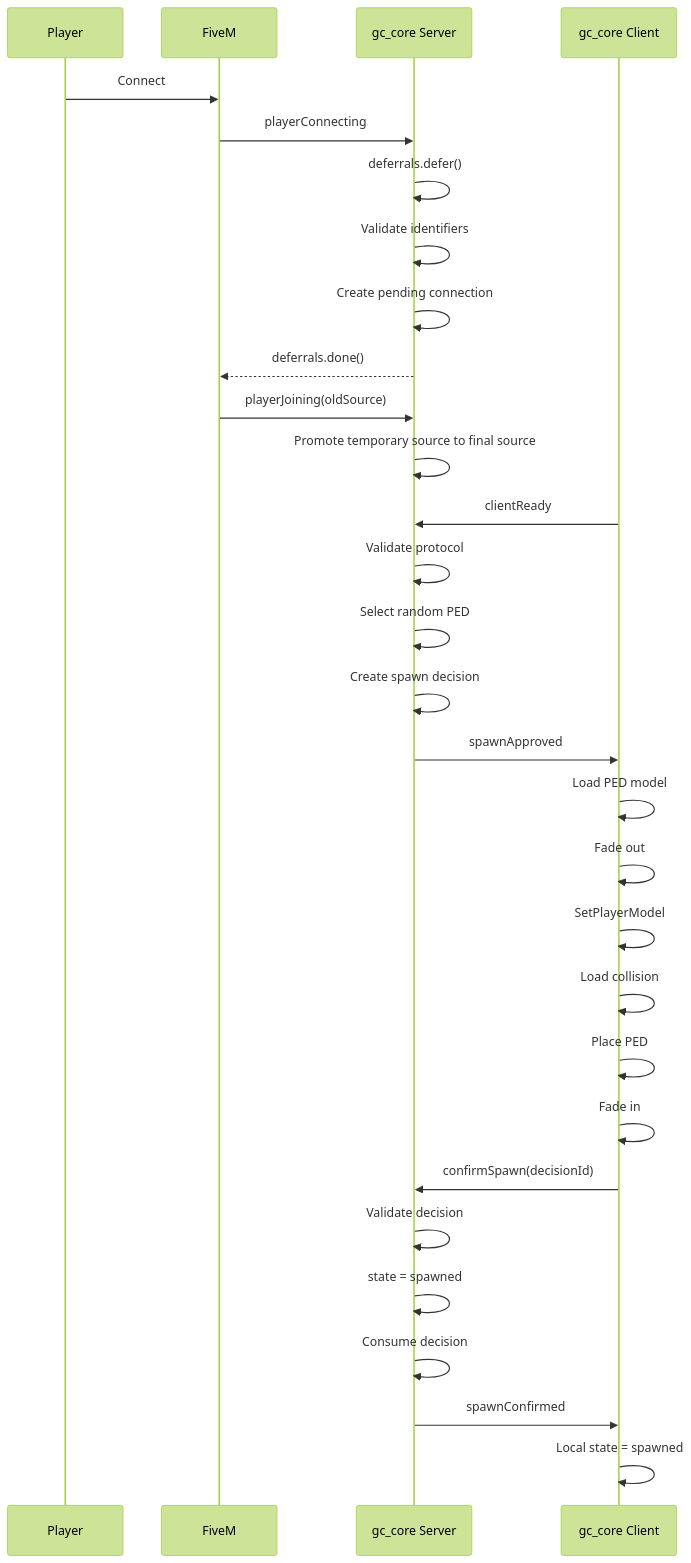
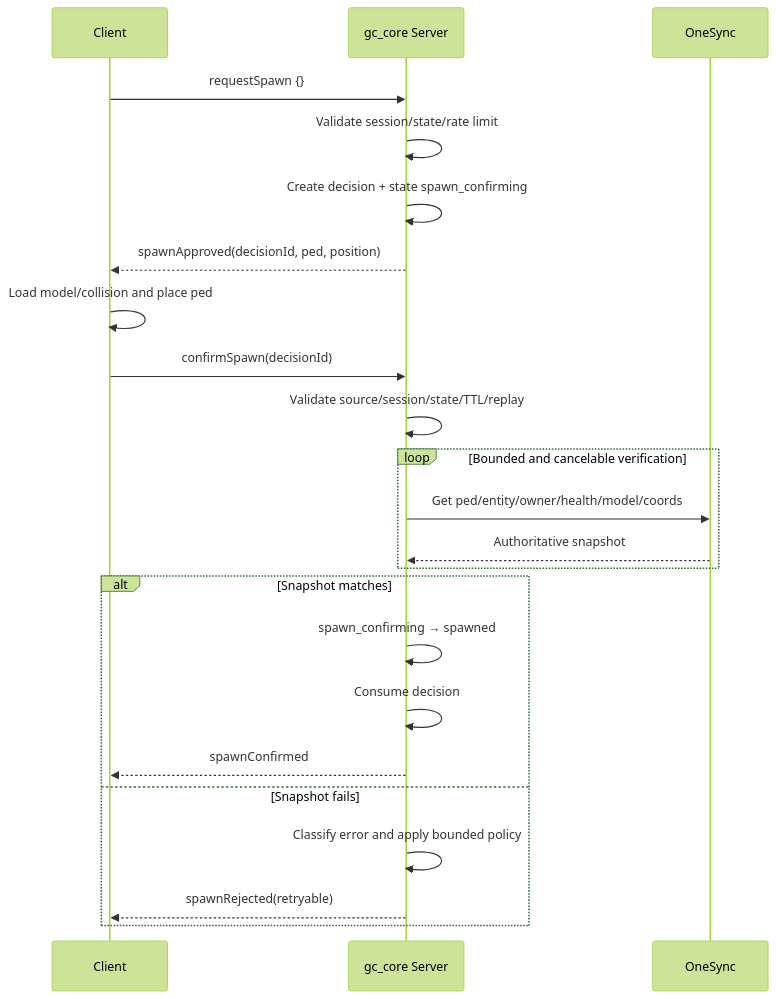
The diagram in docs/en/07-spawn-flow.md (chel38/GCore), drawn with Mermaid (forest theme) before and after one commit. The commit also changed other lines of this file and 56 other files, not shown here.

````diff
--- a/docs/en/07-spawn-flow.md
+++ b/docs/en/07-spawn-flow.md
@@ -22,38 +11,25 @@
 ```mermaid
 sequenceDiagram
-    participant P as Player
-    participant F as FiveM
+    participant C as Client
     participant S as gc_core Server
-    participant C as gc_core Client
-
-    P->>F: Connect
-    F->>S: playerConnecting
-    S->>S: deferrals.defer()
-    S->>S: Validate identifiers
-    S->>S: Create pending connection
-    S-->>F: deferrals.done()
-
-    F->>S: playerJoining(oldSource)
-    S->>S: Promote temporary source to final source
-
-    C->>S: clientReady
-    S->>S: Validate protocol
-    S->>S: Select random PED
-    S->>S: Create spawn decision
-
-    S->>C: spawnApproved
-    C->>C: Load PED model
-    C->>C: Fade out
-    C->>C: SetPlayerModel
-    C->>C: Load collision
-    C->>C: Place PED
-    C->>C: Fade in
-
+    participant O as OneSync
+    C->>S: requestSpawn {}
+    S->>S: Validate session/state/rate limit
+    S->>S: Create decision + state spawn_confirming
+    S-->>C: spawnApproved(decisionId, ped, position)
+    C->>C: Load model/collision and place ped
     C->>S: confirmSpawn(decisionId)
-    S->>S: Validate decision
-    S->>S: state = spawned
-    S->>S: Consume decision
-
-    S->>C: spawnConfirmed
-    C->>C: Local state = spawned
+    S->>S: Validate source/session/state/TTL/replay
+    loop Bounded and cancelable verification
+        S->>O: Get ped/entity/owner/health/model/coords
+        O-->>S: Authoritative snapshot
+    end
+    alt Snapshot matches
+        S->>S: spawn_confirming → spawned
+        S->>S: Consume decision
+        S-->>C: spawnConfirmed
+    else Snapshot fails
+        S->>S: Classify error and apply bounded policy
+        S-->>C: spawnRejected(retryable)
+    end
 ```
````
